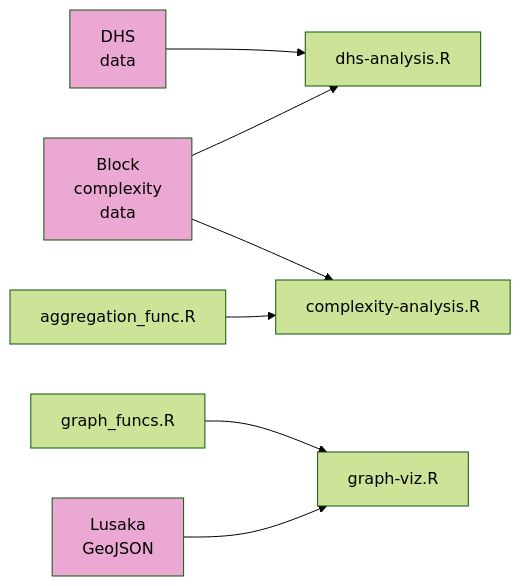
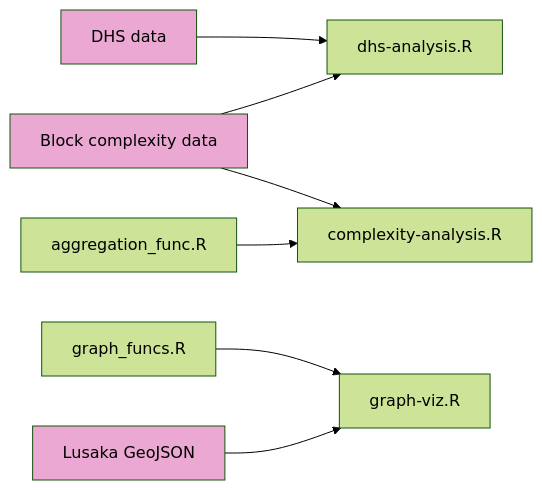
The diagram in ReadMe.md (mansueto-institute/kblock-analysis), drawn with Mermaid (forest theme) before and after one commit.

````diff
--- a/ReadMe.md
+++ b/ReadMe.md
@@ -22,14 +22,14 @@
 ```mermaid
 graph LR
-G[DHS<br>data] --> C
-A[Block<br>complexity<br>data] --> B[complexity-analysis.R]
+G[DHS data] --> C
+A[Block complexity data] --> B[complexity-analysis.R]
 E[aggregation_func.R] --> B
 A --> C[dhs-analysis.R]
 
 F[graph_funcs.R] --> D[graph-viz.R]
-J[Lusaka<br>GeoJSON] --> D
+J[Lusaka GeoJSON] --> D
 
 style A fill:#eba8d3
 style G fill:#eba8d3
 style J fill:#eba8d3
 ```
````
